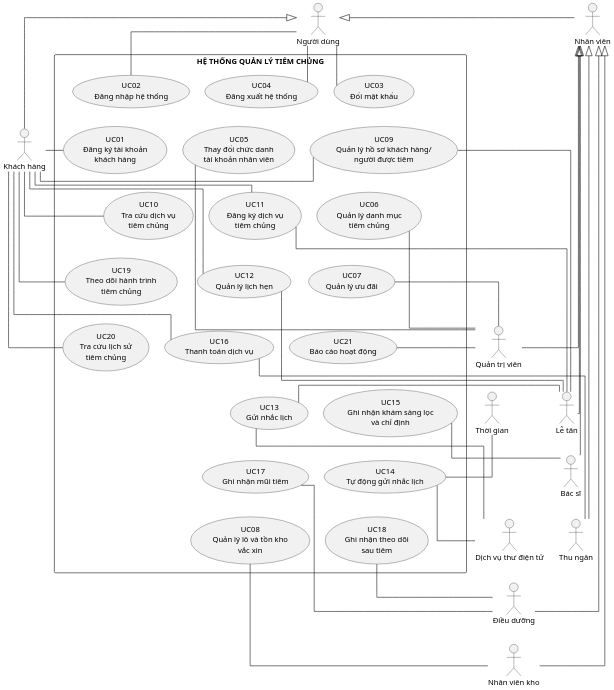
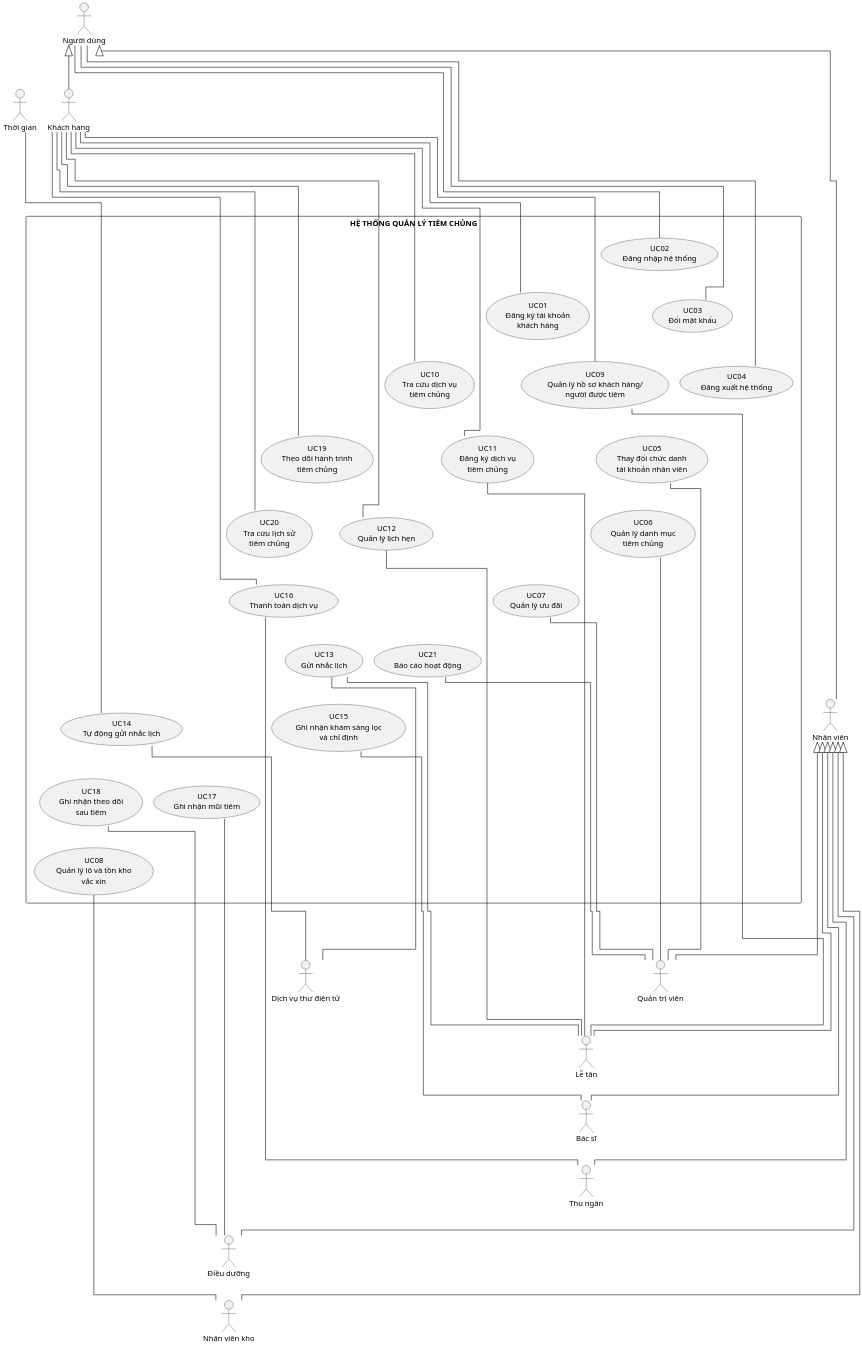
One commit to datngo1203/KLCN-QuanLyTiemChung changed the diagram in docs/thesis/uml/Hinh_System_Use_Case_21UC_Full_Portrait.puml. Above: the diagram before and after it, drawn with PlantUML.

Commit message:
docs: render full 21 UC prototype with ELK orthogonal layout

```diff
--- a/docs/thesis/uml/Hinh_System_Use_Case_21UC_Full_Portrait.puml
+++ b/docs/thesis/uml/Hinh_System_Use_Case_21UC_Full_Portrait.puml
@@ -1,156 +1,157 @@
 @startuml
+!pragma layout elk
 ' THESIS-R1 — full 21 System Use Case portrait prototype
 ' Semantic baseline: reconciliation v4, 21 UC / 27 direct associations / 8 actor generalizations.
 ' Visual contract: A4 portrait, actor-centric fan-out, orthogonal routing, no include/extend.
 
 skinparam monochrome true
 skinparam shadowing false
 skinparam backgroundColor white
 skinparam defaultFontName "Times New Roman"
 skinparam defaultFontSize 14
 skinparam ArrowColor black
 skinparam ActorBorderColor black
 skinparam UsecaseBorderColor black
 skinparam RectangleBorderColor black
 skinparam linetype ortho
 skinparam nodesep 28
 skinparam ranksep 34
 skinparam dpi 180
 skinparam packageStyle rectangle
 
 top to bottom direction
 
 actor "Người dùng" as User
 actor "Nhân viên" as Employee
 actor "Khách hàng" as Customer
 actor "Quản trị viên" as Admin
 actor "Lễ tân" as Reception
 actor "Bác sĩ" as Doctor
 actor "Thu ngân" as Cashier
 actor "Điều dưỡng" as Nurse
 actor "Nhân viên kho" as Warehouse
 actor "Thời gian" as Time
 actor "Dịch vụ thư điện tử" as Email
 
 rectangle "HỆ THỐNG QUẢN LÝ TIÊM CHỦNG" as SystemBoundary {
   usecase "UC02\nĐăng nhập hệ thống" as UC02
   usecase "UC03\nĐổi mật khẩu" as UC03
   usecase "UC04\nĐăng xuất hệ thống" as UC04
 
   usecase "UC01\nĐăng ký tài khoản\nkhách hàng" as UC01
   usecase "UC09\nQuản lý hồ sơ khách hàng/\nngười được tiêm" as UC09
   usecase "UC05\nThay đổi chức danh\ntài khoản nhân viên" as UC05
 
   usecase "UC10\nTra cứu dịch vụ\ntiêm chủng" as UC10
   usecase "UC11\nĐăng ký dịch vụ\ntiêm chủng" as UC11
   usecase "UC06\nQuản lý danh mục\ntiêm chủng" as UC06
 
   usecase "UC19\nTheo dõi hành trình\ntiêm chủng" as UC19
   usecase "UC12\nQuản lý lịch hẹn" as UC12
   usecase "UC07\nQuản lý ưu đãi" as UC07
 
   usecase "UC20\nTra cứu lịch sử\ntiêm chủng" as UC20
   usecase "UC16\nThanh toán dịch vụ" as UC16
   usecase "UC21\nBáo cáo hoạt động" as UC21
 
   usecase "UC13\nGửi nhắc lịch" as UC13
   usecase "UC15\nGhi nhận khám sàng lọc\nvà chỉ định" as UC15
 
   usecase "UC14\nTự động gửi nhắc lịch" as UC14
   usecase "UC17\nGhi nhận mũi tiêm" as UC17
 
   usecase "UC18\nGhi nhận theo dõi\nsau tiêm" as UC18
   usecase "UC08\nQuản lý lô và tồn kho\nvắc xin" as UC08
 
   ' Layout helpers only; no semantic meaning.
   UC02 -[hidden]right- UC03
   UC03 -[hidden]right- UC04
 
   UC01 -[hidden]right- UC09
   UC09 -[hidden]right- UC05
   UC10 -[hidden]right- UC11
   UC11 -[hidden]right- UC06
   UC19 -[hidden]right- UC12
   UC12 -[hidden]right- UC07
   UC20 -[hidden]right- UC16
   UC16 -[hidden]right- UC21
   UC13 -[hidden]right- UC15
   UC14 -[hidden]right- UC17
   UC18 -[hidden]right- UC08
 
   UC02 -[hidden]down- UC01
   UC01 -[hidden]down- UC10
   UC10 -[hidden]down- UC19
   UC19 -[hidden]down- UC20
   UC20 -[hidden]down- UC13
   UC13 -[hidden]down- UC14
   UC14 -[hidden]down- UC18
 
   UC03 -[hidden]down- UC09
   UC09 -[hidden]down- UC11
   UC11 -[hidden]down- UC12
   UC12 -[hidden]down- UC16
 
   UC04 -[hidden]down- UC05
   UC05 -[hidden]down- UC06
   UC06 -[hidden]down- UC07
   UC07 -[hidden]down- UC21
   UC21 -[hidden]down- UC15
   UC15 -[hidden]down- UC17
   UC17 -[hidden]down- UC08
 }
 
 ' Actor generalization. Keep hierarchy outside the main UC corridors.
 Customer -up-|> User
 Employee -left-|> User
 Admin -up-|> Employee
 Reception -up-|> Employee
 Doctor -up-|> Employee
 Cashier -up-|> Employee
 Nurse -up-|> Employee
 Warehouse -up-|> Employee
 
 ' Actor ordering helpers only.
 User -[hidden]right- Employee
 Admin -[hidden]down- Reception
 Reception -[hidden]down- Doctor
 Doctor -[hidden]down- Cashier
 Cashier -[hidden]down- Nurse
 Nurse -[hidden]down- Warehouse
 Time -[hidden]right- Email
 
 ' 27 direct actor–UC associations.
 User -- UC02
 User -- UC03
 User -- UC04
 
 Customer -right- UC01
 Customer -right- UC10
 Customer -right- UC19
 Customer -right- UC20
 Customer -right- UC09
 Customer -right- UC11
 Customer -right- UC12
 Customer -right- UC16
 
 UC09 -right- Reception
 UC11 -right- Reception
 UC12 -right- Reception
 UC13 -right- Reception
 
 UC05 -right- Admin
 UC06 -right- Admin
 UC07 -right- Admin
 UC21 -right- Admin
 
 UC15 -right- Doctor
 UC16 -right- Cashier
 UC17 -right- Nurse
 UC18 -right- Nurse
 UC08 -right- Warehouse
 
 Time -- UC14
 UC13 -- Email
 UC14 -- Email
 
 @enduml
```
